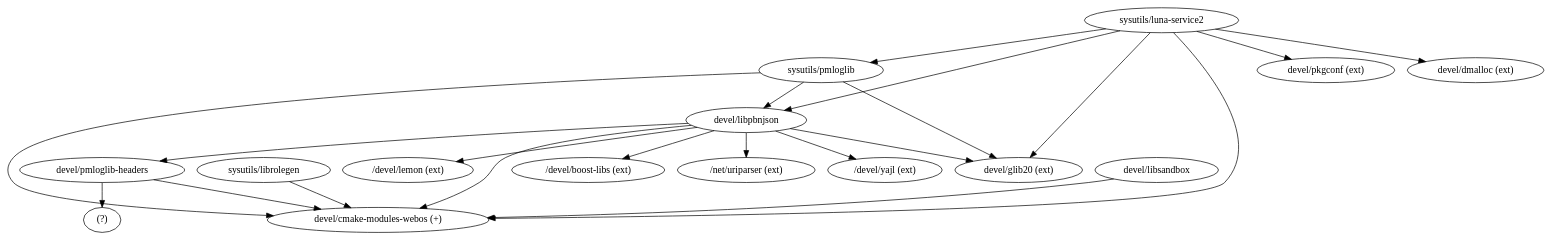
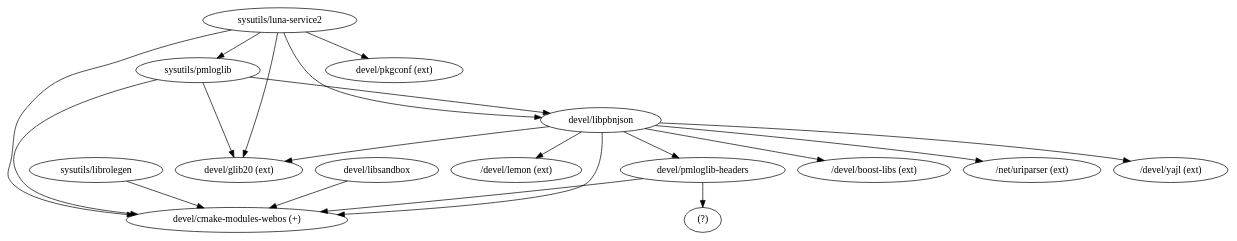
The diagram in docs/graph.dot (ppenzin/freewebos-portdev), drawn with Graphviz before and after one commit.

Commit message:
I was wrong, we don't need dmalloc

```diff
--- a/docs/graph.dot
+++ b/docs/graph.dot
@@ -1,22 +1,21 @@
 digraph {
 	"sysutils/librolegen" -> "devel/cmake-modules-webos (+)";
 	"devel/libsandbox" -> "devel/cmake-modules-webos (+)";
 	"devel/pmloglib-headers" -> "devel/cmake-modules-webos (+)";
 	"devel/pmloglib-headers" -> "(?)";
 	"devel/libpbnjson" -> "devel/cmake-modules-webos (+)";
 	"devel/libpbnjson" -> "devel/pmloglib-headers";
 	"devel/libpbnjson" -> "/devel/yajl (ext)";
 	"devel/libpbnjson" -> "/devel/lemon (ext)";
 	"devel/libpbnjson" -> "/devel/boost-libs (ext)";
 	"devel/libpbnjson" -> "/net/uriparser (ext)";
 	"devel/libpbnjson" -> "devel/glib20 (ext)";
 	"sysutils/pmloglib" -> "devel/libpbnjson";
 	"sysutils/pmloglib" -> "devel/cmake-modules-webos (+)";
 	"sysutils/pmloglib" -> "devel/glib20 (ext)";
 	"sysutils/luna-service2" -> "sysutils/pmloglib";
 	"sysutils/luna-service2" -> "devel/cmake-modules-webos (+)";
 	"sysutils/luna-service2" -> "devel/libpbnjson";
 	"sysutils/luna-service2" -> "devel/glib20 (ext)";
 	"sysutils/luna-service2" -> "devel/pkgconf (ext)";
-	"sysutils/luna-service2" -> "devel/dmalloc (ext)";
 }
```
